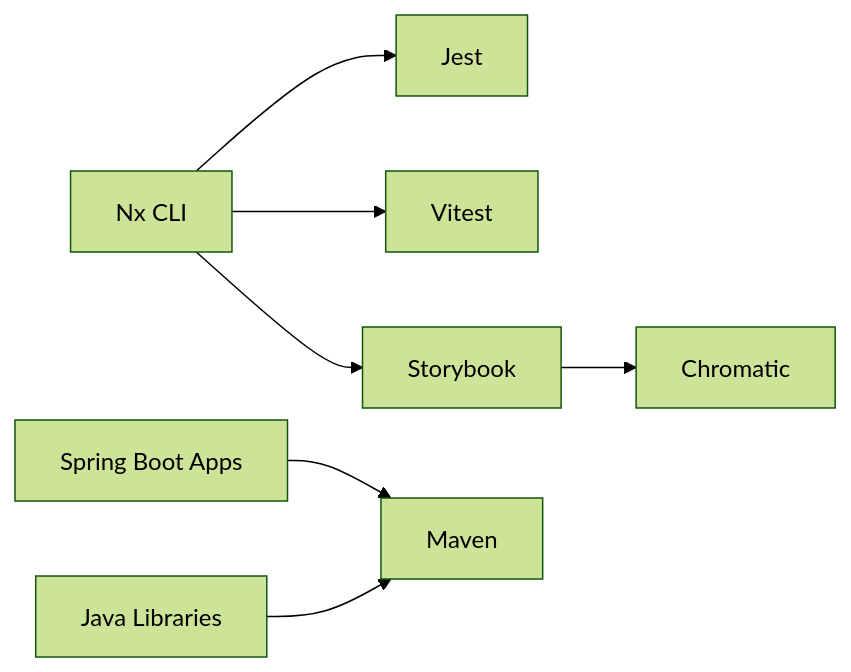
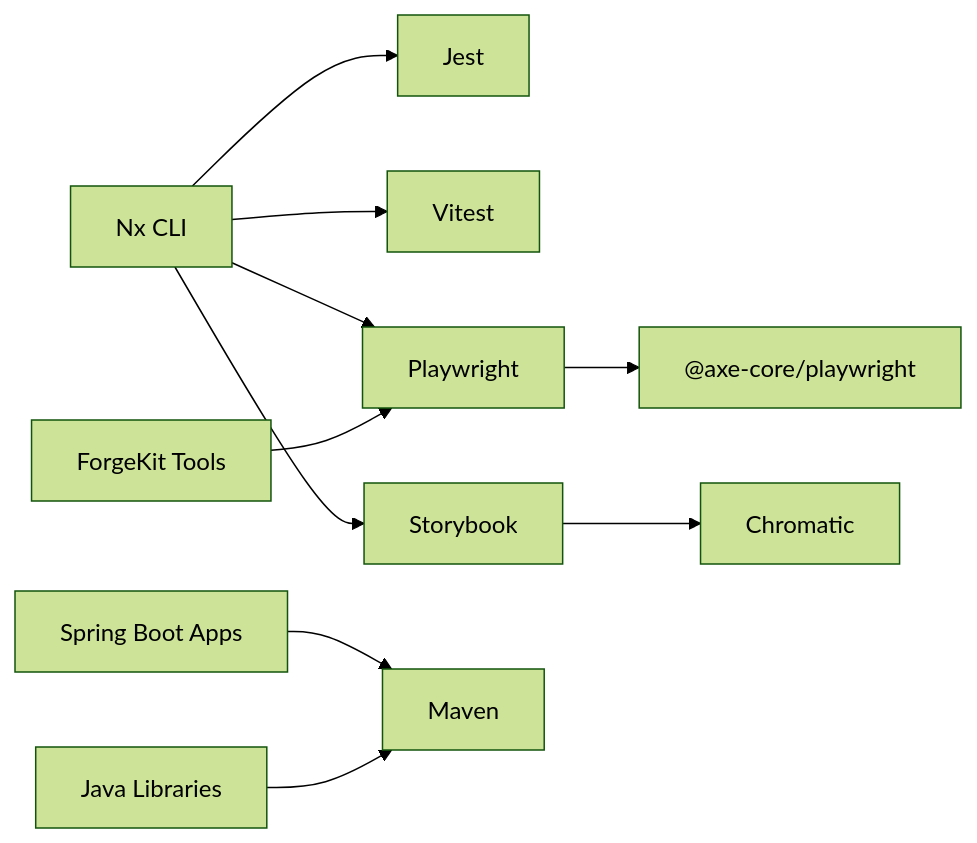
Before and after one commit to effinrich/rh-nx-monorepo: the third of 3 diagrams in .qoder/repowiki/en/content/Testing Strategy.md, drawn with Mermaid (forest theme). The commit also changed other lines of this file and 130 other files, not shown here.

````diff
--- a/.qoder/repowiki/en/content/Testing Strategy.md
+++ b/.qoder/repowiki/en/content/Testing Strategy.md
@@ -341,9 +417,12 @@
 ```mermaid
 graph LR
 Nx["Nx CLI"] --> Jest["Jest"]
 Nx --> Vitest["Vitest"]
+Nx --> Playwright["Playwright"]
 Nx --> Storybook["Storybook"]
 Storybook --> Chromatic["Chromatic"]
+Playwright --> AxeCore["@axe-core/playwright"]
 JavaApp["Spring Boot Apps"] --> Maven["Maven"]
 JavaLib["Java Libraries"] --> Maven
+ForgeKit["ForgeKit Tools"] --> Playwright
 ```
````
